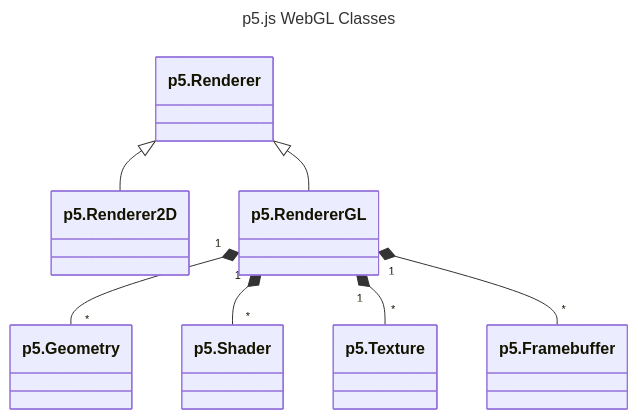
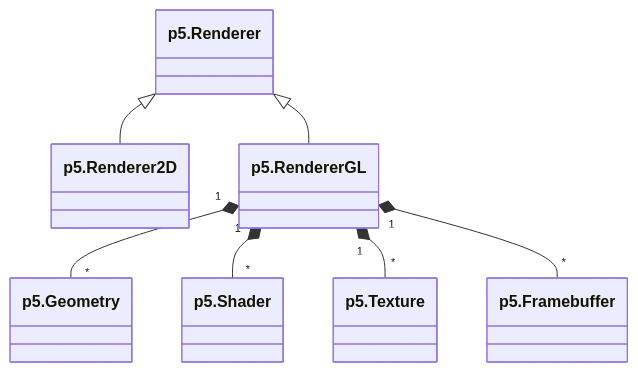
One commit to processing/p5.js-website changed the diagram in src/content/contributor-docs/en/webgl_mode_architecture.mdx. Above: the diagram before and after it, drawn with Mermaid. The commit also changed other lines of this file, not shown here.

Commit message:
Fixed title for mermaid by adding jsx line to print title above diagram

````diff
--- a/src/content/contributor-docs/en/webgl_mode_architecture.mdx
+++ b/src/content/contributor-docs/en/webgl_mode_architecture.mdx
@@ -231,20 +231,17 @@
 ```mermaid
----
-title: p5.js WebGL Classes
----
 classDiagram
   class Base["p5.Renderer"]
   class P2D["p5.Renderer2D"]
   class WebGL["p5.RendererGL"]
   class Geometry["p5.Geometry"]
   class Shader["p5.Shader"]
   class Texture["p5.Texture"]
   class Framebuffer["p5.Framebuffer"]
 
   Base <|-- P2D
   Base <|-- WebGL
   WebGL "1" *-- "*" Geometry
   WebGL "1" *-- "*" Shader
   WebGL "1" *-- "*" Texture
   WebGL "1" *-- "*" Framebuffer
 ```
````
